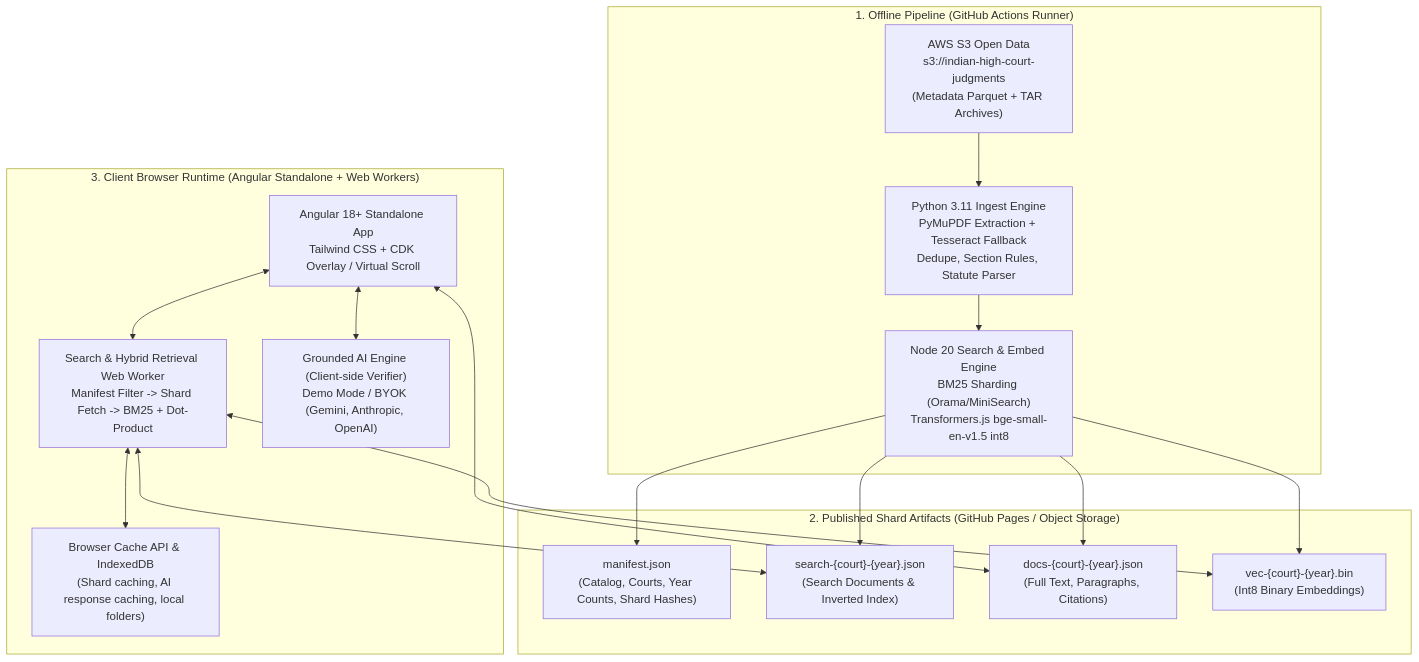
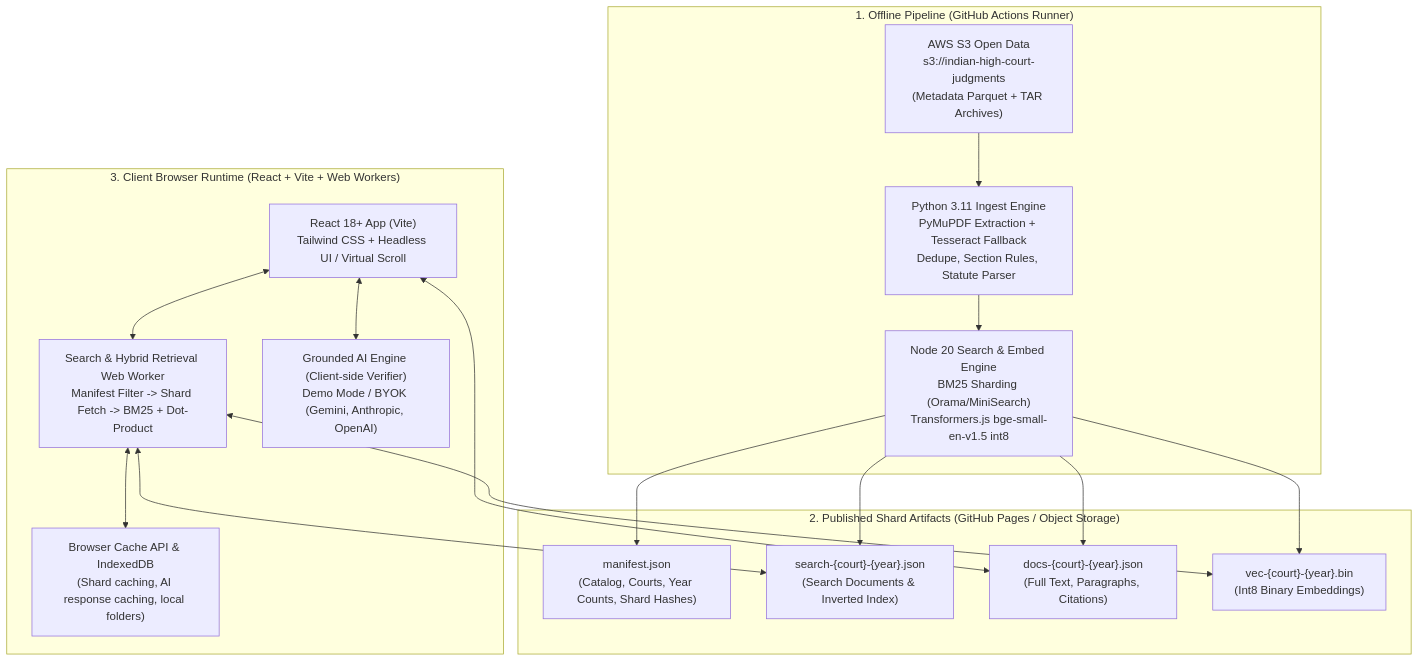
One commit to kiru6006/highcourt-judgment-agent changed the diagram in docs/ARCHITECTURE.md. Above: the diagram before and after it, drawn with Mermaid. The commit also changed 35 other files, not shown here.

Commit message:
feat: phase1 — react vite scaffold, 3-pane reader, synthetic fixtures, ci & pages deploy

````diff
--- a/docs/ARCHITECTURE.md
+++ b/docs/ARCHITECTURE.md
@@ -7,35 +7,35 @@
 ```mermaid
 flowchart TD
     subgraph Layer1["1. Offline Pipeline (GitHub Actions Runner)"]
         S3["AWS S3 Open Data<br/>s3://indian-high-court-judgments<br/>(Metadata Parquet + TAR Archives)"]
         Ingest["Python 3.11 Ingest Engine<br/>PyMuPDF Extraction + Tesseract Fallback<br/>Dedupe, Section Rules, Statute Parser"]
         Index["Node 20 Search & Embed Engine<br/>BM25 Sharding (Orama/MiniSearch)<br/>Transformers.js bge-small-en-v1.5 int8"]
         S3 --> Ingest
         Ingest --> Index
     end
 
     subgraph Layer2["2. Published Shard Artifacts (GitHub Pages / Object Storage)"]
         Manifest["manifest.json<br/>(Catalog, Courts, Year Counts, Shard Hashes)"]
         SearchShards["search-{court}-{year}.json<br/>(Search Documents & Inverted Index)"]
         DocShards["docs-{court}-{year}.json<br/>(Full Text, Paragraphs, Citations)"]
         VecShards["vec-{court}-{year}.bin<br/>(Int8 Binary Embeddings)"]
         Index --> Manifest
         Index --> SearchShards
         Index --> DocShards
         Index --> VecShards
     end
 
-    subgraph Layer3["3. Client Browser Runtime (Angular Standalone + Web Workers)"]
-        App["Angular 18+ Standalone App<br/>Tailwind CSS + CDK Overlay / Virtual Scroll"]
+    subgraph Layer3["3. Client Browser Runtime (React + Vite + Web Workers)"]
+        App["React 18+ App (Vite)<br/>Tailwind CSS + Headless UI / Virtual Scroll"]
         Worker["Search & Hybrid Retrieval Web Worker<br/>Manifest Filter -> Shard Fetch -> BM25 + Dot-Product"]
         Cache["Browser Cache API & IndexedDB<br/>(Shard caching, AI response caching, local folders)"]
         AI["Grounded AI Engine (Client-side Verifier)<br/>Demo Mode / BYOK (Gemini, Anthropic, OpenAI)"]
         
         App <--> Worker
         Worker <--> Cache
         Worker <--> SearchShards
         Worker <--> VecShards
         App <--> DocShards
         App <--> AI
     end
 ```
````
